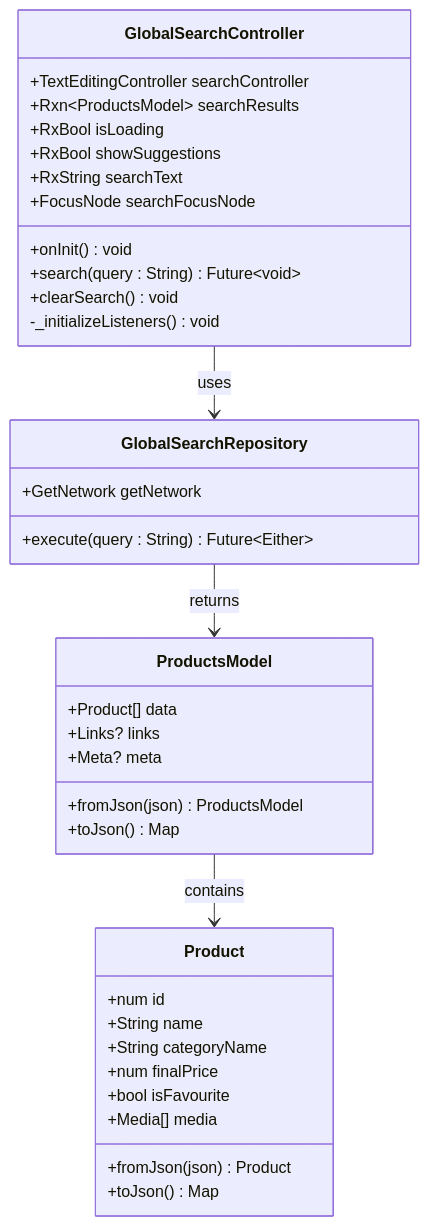
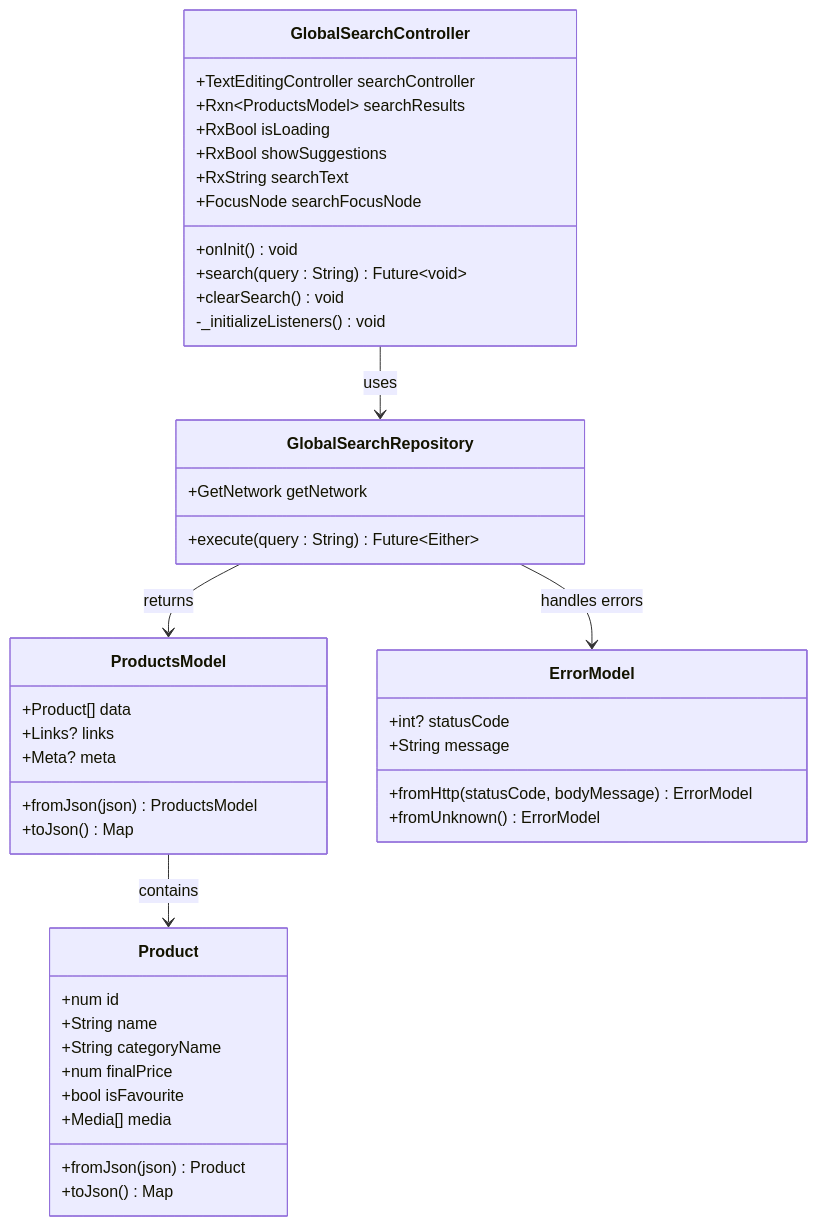
Before and after one commit to Ariful3111/FurniGo: the second of 6 diagrams in .qoder/repowiki/en/content/Core Features/Global Search System.md, drawn with Mermaid. The commit also changed other lines of this file and 16 other files, not shown here.

````diff
--- a/.qoder/repowiki/en/content/Core Features/Global Search System.md
+++ b/.qoder/repowiki/en/content/Core Features/Global Search System.md
@@ -85,39 +97,46 @@
 ```mermaid
 classDiagram
 class GlobalSearchController {
 +TextEditingController searchController
 +Rxn~ProductsModel~ searchResults
 +RxBool isLoading
 +RxBool showSuggestions
 +RxString searchText
 +FocusNode searchFocusNode
 +onInit() void
 +search(query : String) Future~void~
 +clearSearch() void
 -_initializeListeners() void
 }
 class GlobalSearchRepository {
 +GetNetwork getNetwork
 +execute(query : String) Future~Either~
 }
 class ProductsModel {
 +Product[] data
 +Links? links
 +Meta? meta
 +fromJson(json) ProductsModel
 +toJson() Map
 }
 class Product {
 +num id
 +String name
 +String categoryName
 +num finalPrice
 +bool isFavourite
 +Media[] media
 +fromJson(json) Product
 +toJson() Map
 }
+class ErrorModel {
++int? statusCode
++String message
++fromHttp(statusCode, bodyMessage) ErrorModel
++fromUnknown() ErrorModel
+}
 GlobalSearchController --> GlobalSearchRepository : uses
 GlobalSearchRepository --> ProductsModel : returns
+GlobalSearchRepository --> ErrorModel : handles errors
 ProductsModel --> Product : contains
 ```
````
